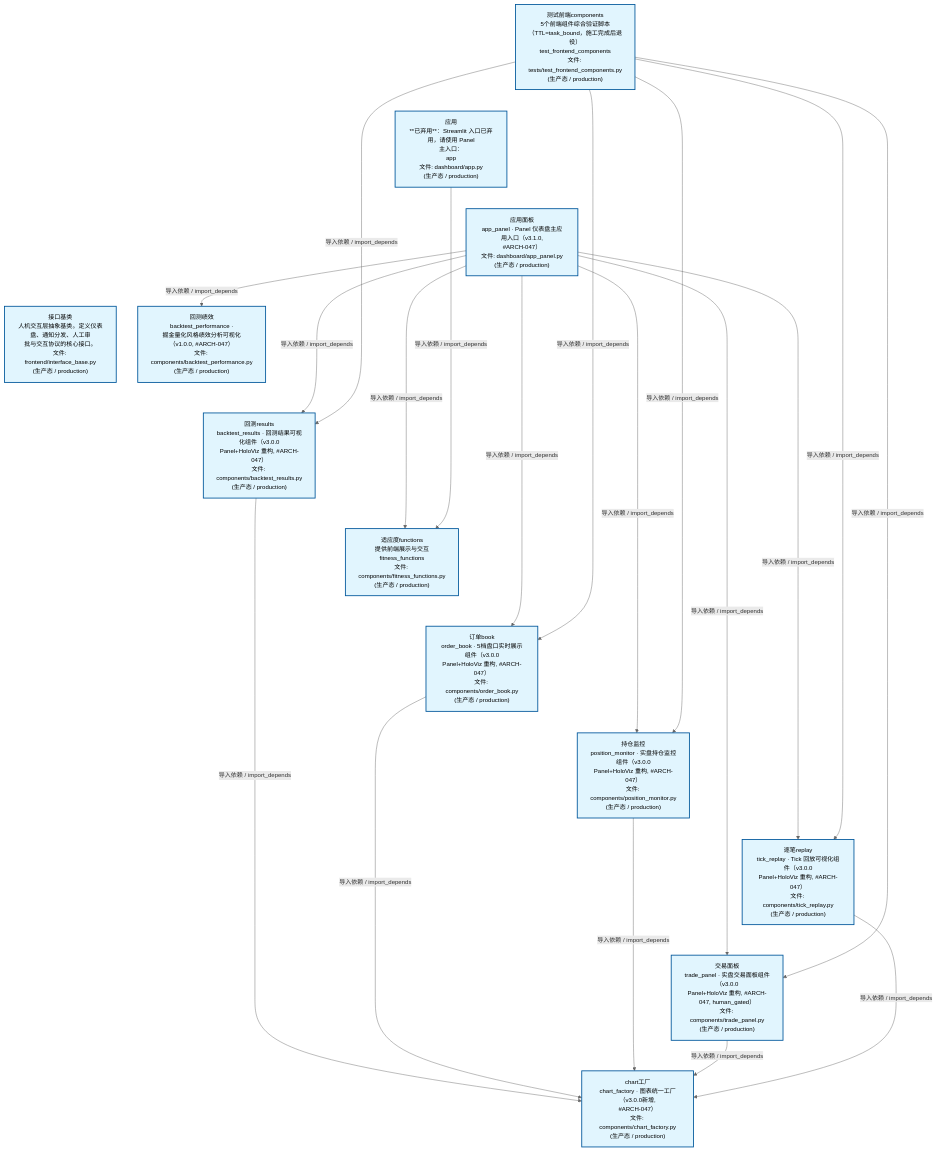
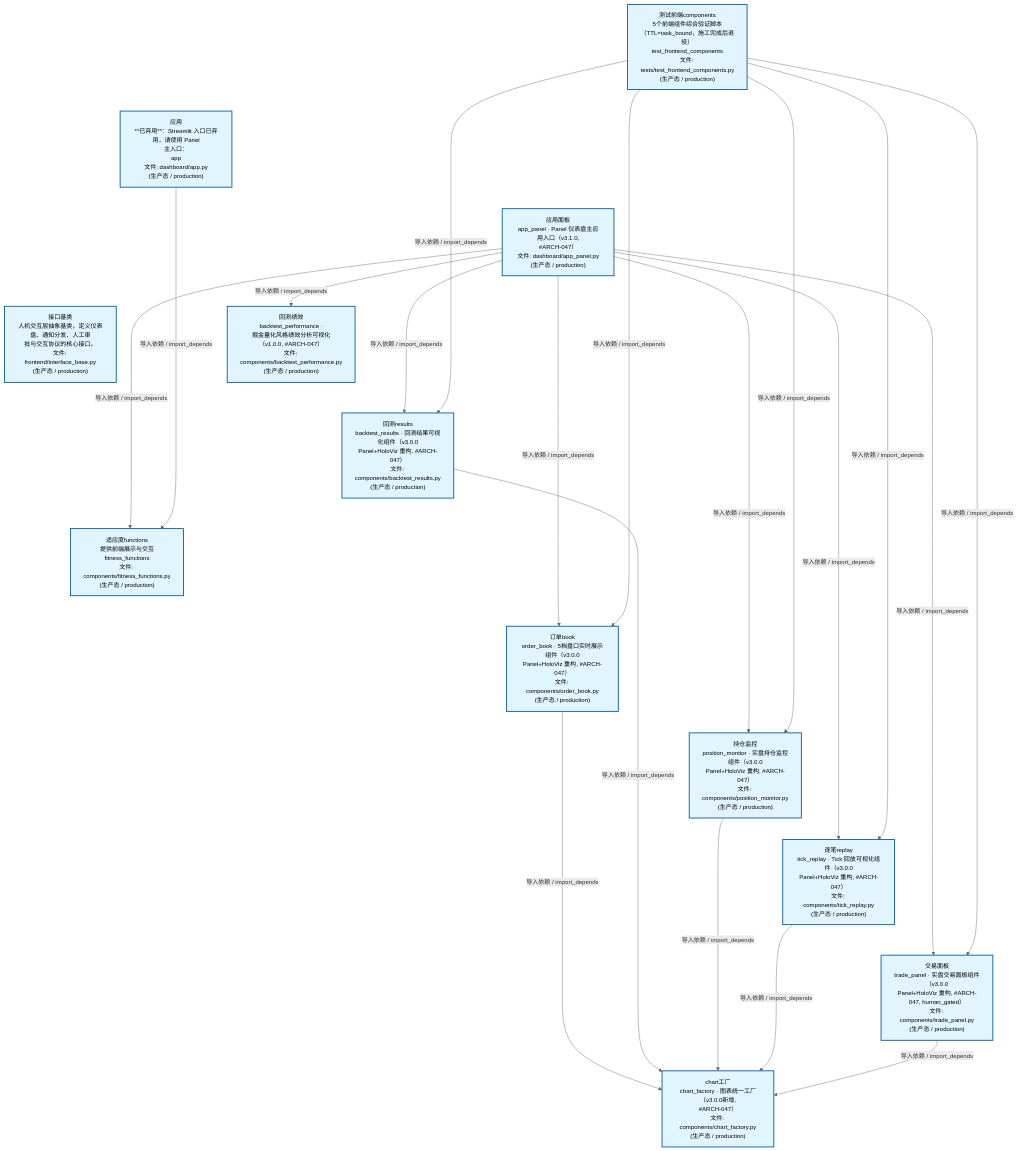
Before and after one commit to xuanFelixVan/ZephyrAlpha: the second of 4 diagrams in docs/02_enterprise_architecture/02_domain_architecture_docs/47_d_frontend.md, drawn with Mermaid. The commit also changed other lines of this file and 49 other files, not shown here.

````diff
--- a/docs/02_enterprise_architecture/02_domain_architecture_docs/47_d_frontend.md
+++ b/docs/02_enterprise_architecture/02_domain_architecture_docs/47_d_frontend.md
@@ -124,48 +124,48 @@
 ```mermaid
 %%{init: {'theme': 'base', 'themeVariables': {'primaryColor': '#eaeaea', 'primaryTextColor': '#333333', 'primaryBorderColor': '#666666', 'lineColor': '#666666', 'secondaryColor': '#eaeaea', 'tertiaryColor': '#eaeaea', 'fontSize': '14px'}}}%%
 flowchart TD
     scripts_tests_test_frontend_components_py["测试前端components<br/>5个前端组件综合验证脚本<br/>（TTL=task_bound，施工完成后退役）<br/>test_frontend_components<br/>文件: tests/test_frontend_components.py<br/>(生产态 / production)"]
     src_zephyr_frontend_dashboard_app_py["应用<br/>**已弃用**：Streamlit 入口已弃用，请使用 Panel<br/>主入口：<br/>app<br/>文件: dashboard/app.py<br/>(生产态 / production)"]
     src_zephyr_frontend_dashboard_app_panel_py["应用面板<br/>app_panel · Panel 仪表盘主应用入口（v3.1.0,<br/>#ARCH-047）<br/>文件: dashboard/app_panel.py<br/>(生产态 / production)"]
     src_zephyr_frontend_interface_base_py["接口基类<br/>人机交互层抽象基类。定义仪表盘、通知分发、人工审<br/>批与交互协议的核心接口。<br/>文件: frontend/interface_base.py<br/>(生产态 / production)"]
     scripts_tests_test_frontend_components_py ~~~ src_zephyr_frontend_dashboard_app_py
     src_zephyr_frontend_dashboard_app_py ~~~ src_zephyr_frontend_dashboard_app_panel_py
     src_zephyr_frontend_dashboard_app_panel_py ~~~ src_zephyr_frontend_interface_base_py
     src_zephyr_frontend_dashboard_components_backtest_performance_py["回测绩效<br/>backtest_performance ·<br/>掘金量化风格绩效分析可视化（v1.0.0, #ARCH-047）<br/>文件: components/backtest_performance.py<br/>(生产态 / production)"]
     src_zephyr_frontend_dashboard_components_backtest_results_py["回测results<br/>backtest_results · 回测结果可视化组件（v3.0.0<br/>Panel+HoloViz 重构, #ARCH-047）<br/>文件: components/backtest_results.py<br/>(生产态 / production)"]
     src_zephyr_frontend_dashboard_components_fitness_functions_py["适应度functions<br/>提供前端展示与交互<br/>fitness_functions<br/>文件: components/fitness_functions.py<br/>(生产态 / production)"]
     src_zephyr_frontend_dashboard_components_order_book_py["订单book<br/>order_book · 5档盘口实时展示组件（v3.0.0<br/>Panel+HoloViz 重构, #ARCH-047）<br/>文件: components/order_book.py<br/>(生产态 / production)"]
     src_zephyr_frontend_dashboard_components_position_monitor_py["持仓监控<br/>position_monitor · 实盘持仓监控组件（v3.0.0<br/>Panel+HoloViz 重构, #ARCH-047）<br/>文件: components/position_monitor.py<br/>(生产态 / production)"]
     src_zephyr_frontend_dashboard_components_tick_replay_py["逐笔replay<br/>tick_replay · Tick 回放可视化组件（v3.0.0<br/>Panel+HoloViz 重构, #ARCH-047）<br/>文件: components/tick_replay.py<br/>(生产态 / production)"]
     src_zephyr_frontend_dashboard_components_trade_panel_py["交易面板<br/>trade_panel · 实盘交易面板组件（v3.0.0<br/>Panel+HoloViz 重构, #ARCH-047, human_gated）<br/>文件: components/trade_panel.py<br/>(生产态 / production)"]
     src_zephyr_frontend_dashboard_components_backtest_performance_py ~~~ src_zephyr_frontend_dashboard_components_backtest_results_py
     src_zephyr_frontend_dashboard_components_backtest_results_py ~~~ src_zephyr_frontend_dashboard_components_fitness_functions_py
     src_zephyr_frontend_dashboard_components_fitness_functions_py ~~~ src_zephyr_frontend_dashboard_components_order_book_py
     src_zephyr_frontend_dashboard_components_order_book_py ~~~ src_zephyr_frontend_dashboard_components_position_monitor_py
     src_zephyr_frontend_dashboard_components_position_monitor_py ~~~ src_zephyr_frontend_dashboard_components_tick_replay_py
     src_zephyr_frontend_dashboard_components_tick_replay_py ~~~ src_zephyr_frontend_dashboard_components_trade_panel_py
     src_zephyr_frontend_dashboard_components_chart_factory_py["chart工厂<br/>chart_factory · 图表统一工厂（v3.0.0新增,<br/>#ARCH-047）<br/>文件: components/chart_factory.py<br/>(生产态 / production)"]
+    src_zephyr_frontend_dashboard_app_panel_py -->|导入依赖 / import_depends| src_zephyr_frontend_dashboard_components_backtest_performance_py
     src_zephyr_frontend_dashboard_app_panel_py -->|导入依赖 / import_depends| src_zephyr_frontend_dashboard_components_fitness_functions_py
-    src_zephyr_frontend_dashboard_app_panel_py -->|导入依赖 / import_depends| src_zephyr_frontend_dashboard_components_backtest_performance_py
+    src_zephyr_frontend_dashboard_app_panel_py -->|导入依赖 / import_depends| src_zephyr_frontend_dashboard_components_order_book_py
     src_zephyr_frontend_dashboard_app_panel_py -->|导入依赖 / import_depends| src_zephyr_frontend_dashboard_components_backtest_results_py
-    src_zephyr_frontend_dashboard_app_panel_py -->|导入依赖 / import_depends| src_zephyr_frontend_dashboard_components_order_book_py
     src_zephyr_frontend_dashboard_app_panel_py -->|导入依赖 / import_depends| src_zephyr_frontend_dashboard_components_position_monitor_py
+    src_zephyr_frontend_dashboard_app_panel_py -->|导入依赖 / import_depends| src_zephyr_frontend_dashboard_components_tick_replay_py
     src_zephyr_frontend_dashboard_app_panel_py -->|导入依赖 / import_depends| src_zephyr_frontend_dashboard_components_trade_panel_py
-    src_zephyr_frontend_dashboard_app_panel_py -->|导入依赖 / import_depends| src_zephyr_frontend_dashboard_components_tick_replay_py
     src_zephyr_frontend_dashboard_app_py -->|导入依赖 / import_depends| src_zephyr_frontend_dashboard_components_fitness_functions_py
+    src_zephyr_frontend_dashboard_components_order_book_py -->|导入依赖 / import_depends| src_zephyr_frontend_dashboard_components_chart_factory_py
     src_zephyr_frontend_dashboard_components_backtest_results_py -->|导入依赖 / import_depends| src_zephyr_frontend_dashboard_components_chart_factory_py
-    src_zephyr_frontend_dashboard_components_order_book_py -->|导入依赖 / import_depends| src_zephyr_frontend_dashboard_components_chart_factory_py
     src_zephyr_frontend_dashboard_components_position_monitor_py -->|导入依赖 / import_depends| src_zephyr_frontend_dashboard_components_chart_factory_py
+    src_zephyr_frontend_dashboard_components_tick_replay_py -->|导入依赖 / import_depends| src_zephyr_frontend_dashboard_components_chart_factory_py
     src_zephyr_frontend_dashboard_components_trade_panel_py -->|导入依赖 / import_depends| src_zephyr_frontend_dashboard_components_chart_factory_py
-    src_zephyr_frontend_dashboard_components_tick_replay_py -->|导入依赖 / import_depends| src_zephyr_frontend_dashboard_components_chart_factory_py
+    scripts_tests_test_frontend_components_py -->|导入依赖 / import_depends| src_zephyr_frontend_dashboard_components_order_book_py
     scripts_tests_test_frontend_components_py -->|导入依赖 / import_depends| src_zephyr_frontend_dashboard_components_backtest_results_py
-    scripts_tests_test_frontend_components_py -->|导入依赖 / import_depends| src_zephyr_frontend_dashboard_components_order_book_py
     scripts_tests_test_frontend_components_py -->|导入依赖 / import_depends| src_zephyr_frontend_dashboard_components_position_monitor_py
+    scripts_tests_test_frontend_components_py -->|导入依赖 / import_depends| src_zephyr_frontend_dashboard_components_tick_replay_py
     scripts_tests_test_frontend_components_py -->|导入依赖 / import_depends| src_zephyr_frontend_dashboard_components_trade_panel_py
-    scripts_tests_test_frontend_components_py -->|导入依赖 / import_depends| src_zephyr_frontend_dashboard_components_tick_replay_py
     classDef production fill:#e1f5fe,stroke:#01579b,stroke-width:2px,color:#000
     classDef design fill:#fff3e0,stroke:#e65100,stroke-width:2px,color:#000,stroke-dasharray: 5 5
     classDef external_prod fill:#e8f4fd,stroke:#0277bd,stroke-width:1px,color:#000
     classDef external_design fill:#fff8e7,stroke:#ef6c00,stroke-width:1px,color:#000,stroke-dasharray: 5 5
     class scripts_tests_test_frontend_components_py,src_zephyr_frontend_dashboard_app_py,src_zephyr_frontend_dashboard_app_panel_py,src_zephyr_frontend_dashboard_components_backtest_performance_py,src_zephyr_frontend_dashboard_components_backtest_results_py,src_zephyr_frontend_dashboard_components_chart_factory_py,src_zephyr_frontend_dashboard_components_fitness_functions_py,src_zephyr_frontend_dashboard_components_order_book_py,src_zephyr_frontend_dashboard_components_position_monitor_py,src_zephyr_frontend_dashboard_components_tick_replay_py,src_zephyr_frontend_dashboard_components_trade_panel_py,src_zephyr_frontend_interface_base_py production
 ```
````
